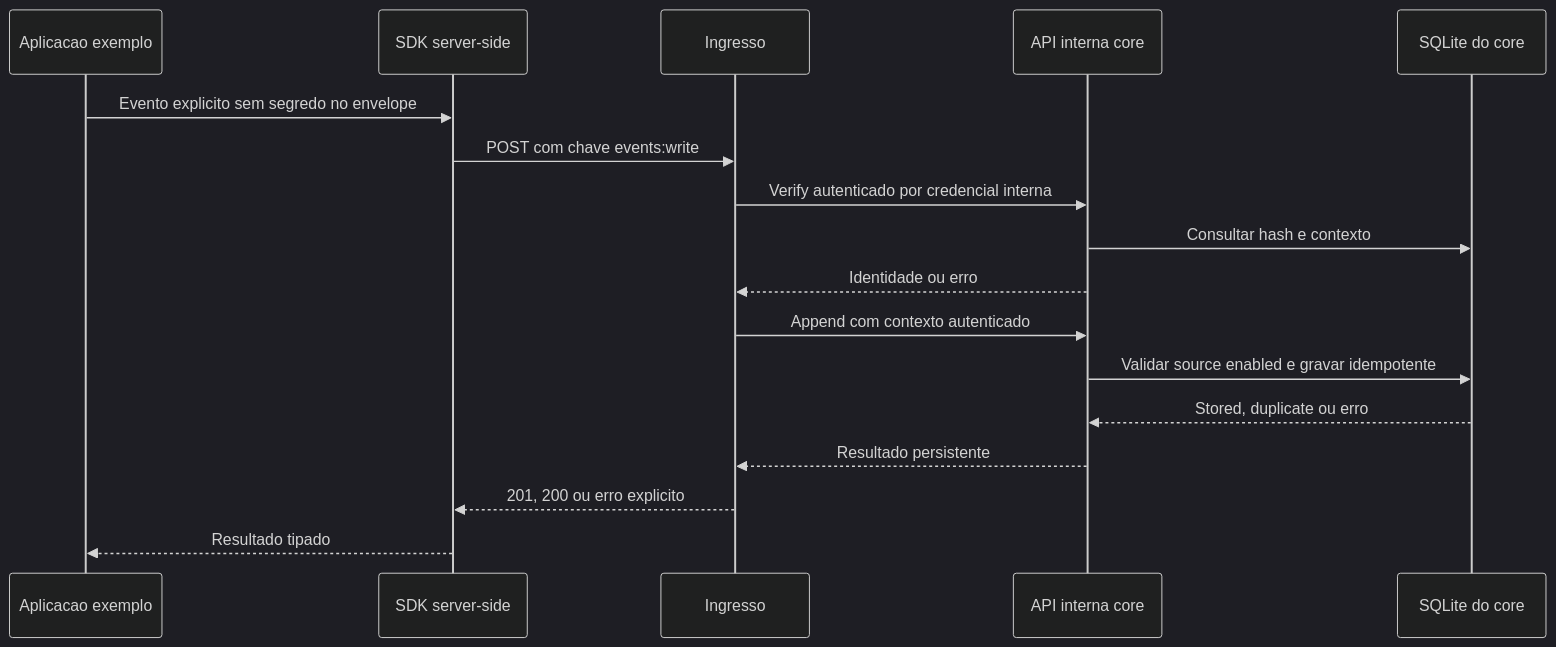
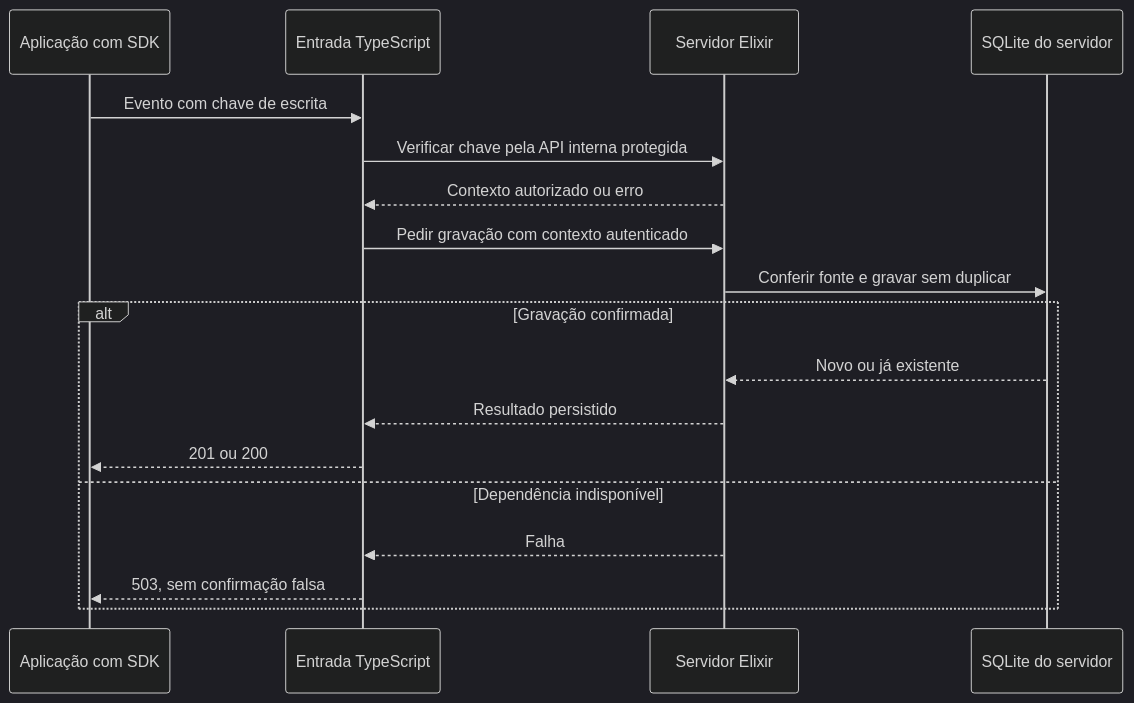
The third of 5 diagrams in docs/ia/diagramas.md (K1w1b1t/watch), drawn with Mermaid (dark theme) before and after one commit. The commit also changed other lines of this file and 15 other files, not shown here.

````diff
--- a/docs/ia/diagramas.md
+++ b/docs/ia/diagramas.md
@@ -29,19 +44,20 @@
 ```mermaid
 sequenceDiagram
-    participant App as Aplicacao exemplo
-    participant SDK as SDK server-side
-    participant Worker as Ingresso
-    participant Core as API interna core
-    participant DB as SQLite do core
-    App->>SDK: Evento explicito sem segredo no envelope
-    SDK->>Worker: POST com chave events:write
-    Worker->>Core: Verify autenticado por credencial interna
-    Core->>DB: Consultar hash e contexto
-    Core-->>Worker: Identidade ou erro
-    Worker->>Core: Append com contexto autenticado
-    Core->>DB: Validar source enabled e gravar idempotente
-    DB-->>Core: Stored, duplicate ou erro
-    Core-->>Worker: Resultado persistente
-    Worker-->>SDK: 201, 200 ou erro explicito
-    SDK-->>App: Resultado tipado
+    participant App as Aplicação com SDK
+    participant E as Entrada TypeScript
+    participant S as Servidor Elixir
+    participant DB as SQLite do servidor
+    App->>E: Evento com chave de escrita
+    E->>S: Verificar chave pela API interna protegida
+    S-->>E: Contexto autorizado ou erro
+    E->>S: Pedir gravação com contexto autenticado
+    S->>DB: Conferir fonte e gravar sem duplicar
+    alt Gravação confirmada
+        DB-->>S: Novo ou já existente
+        S-->>E: Resultado persistido
+        E-->>App: 201 ou 200
+    else Dependência indisponível
+        S-->>E: Falha
+        E-->>App: 503, sem confirmação falsa
+    end
 ```
````
